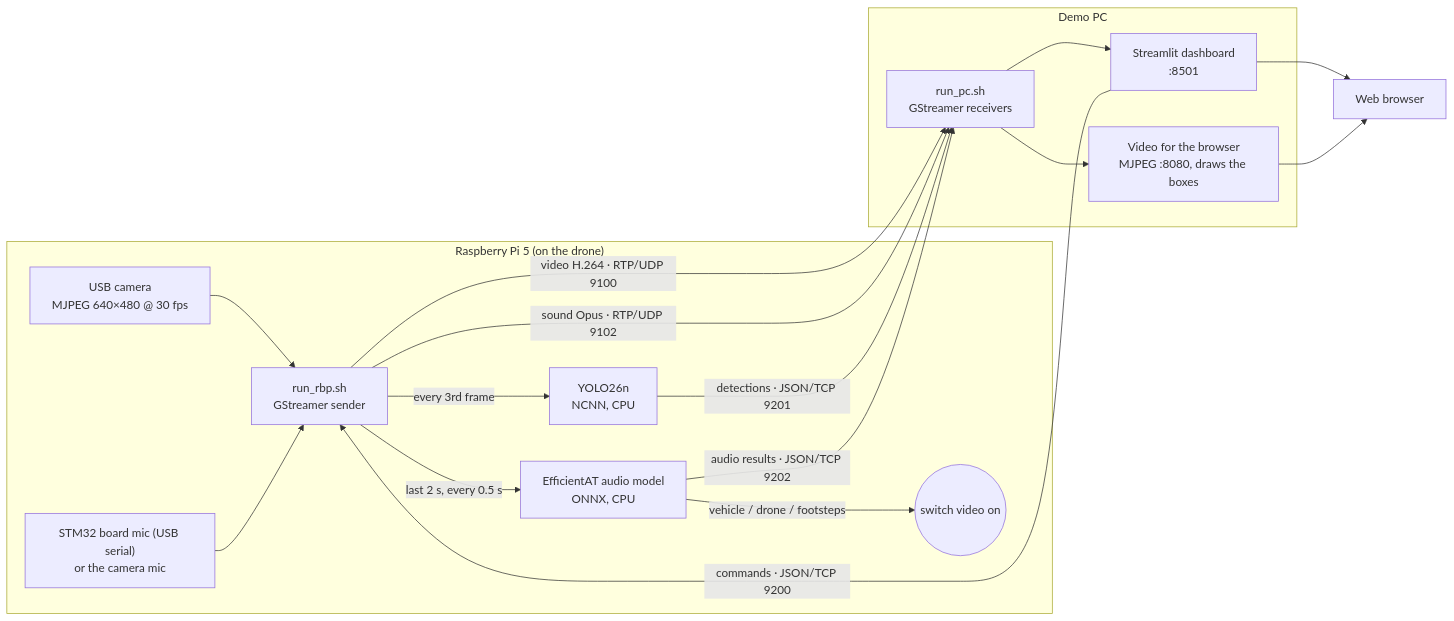
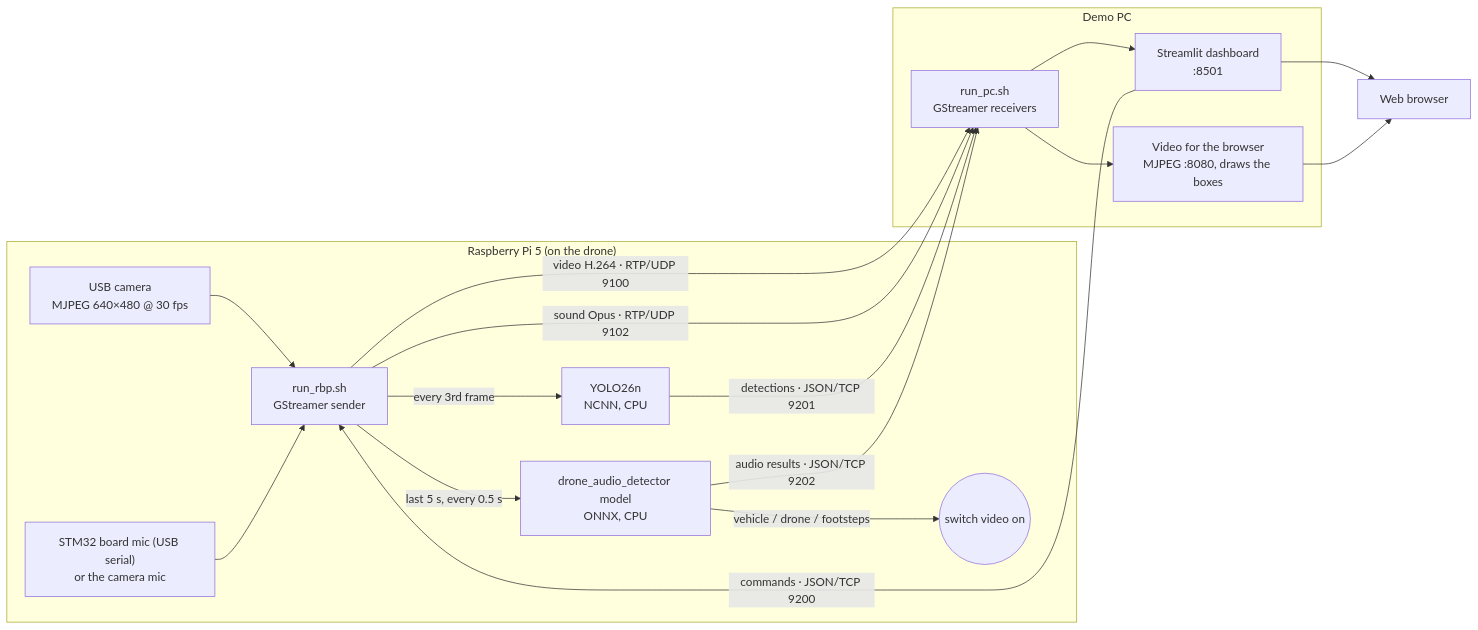
The diagram in architecture/demo-pipeline.md (bBibyk/EDTH-TargeTeam), drawn with Mermaid before and after one commit. The commit also changed other lines of this file and 18 other files, not shown here.

````diff
--- a/architecture/demo-pipeline.md
+++ b/architecture/demo-pipeline.md
@@ -33,21 +33,21 @@
 ```mermaid
 flowchart LR
   subgraph PI["Raspberry Pi 5 (on the drone)"]
     CAM["USB camera<br/>MJPEG 640×480 @ 30 fps"] --> SEND["run_rbp.sh<br/>GStreamer sender"]
     MIC["STM32 board mic (USB serial)<br/>or the camera mic"] --> SEND
-    SEND -->|"last 2 s, every 0.5 s"| AUD["EfficientAT audio model<br/>ONNX, CPU"]
+    SEND -->|"last 5 s, every 0.5 s"| AUD["drone_audio_detector model<br/>ONNX, CPU"]
     AUD -->|"vehicle / drone / footsteps"| WAKE(("switch video on"))
     SEND -->|"every 3rd frame"| YOLO["YOLO26n<br/>NCNN, CPU"]
   end
   subgraph PC["Demo PC"]
     RECV["run_pc.sh<br/>GStreamer receivers"] --> DASH["Streamlit dashboard<br/>:8501"]
     RECV --> MJPEG["Video for the browser<br/>MJPEG :8080, draws the boxes"]
   end
   SEND -- "video H.264 · RTP/UDP 9100" --> RECV
   SEND -- "sound Opus · RTP/UDP 9102" --> RECV
   YOLO -- "detections · JSON/TCP 9201" --> RECV
   AUD -- "audio results · JSON/TCP 9202" --> RECV
   DASH -- "commands · JSON/TCP 9200" --> SEND
   DASH --> BROWSER["Web browser"]
   MJPEG --> BROWSER
 ```
````
